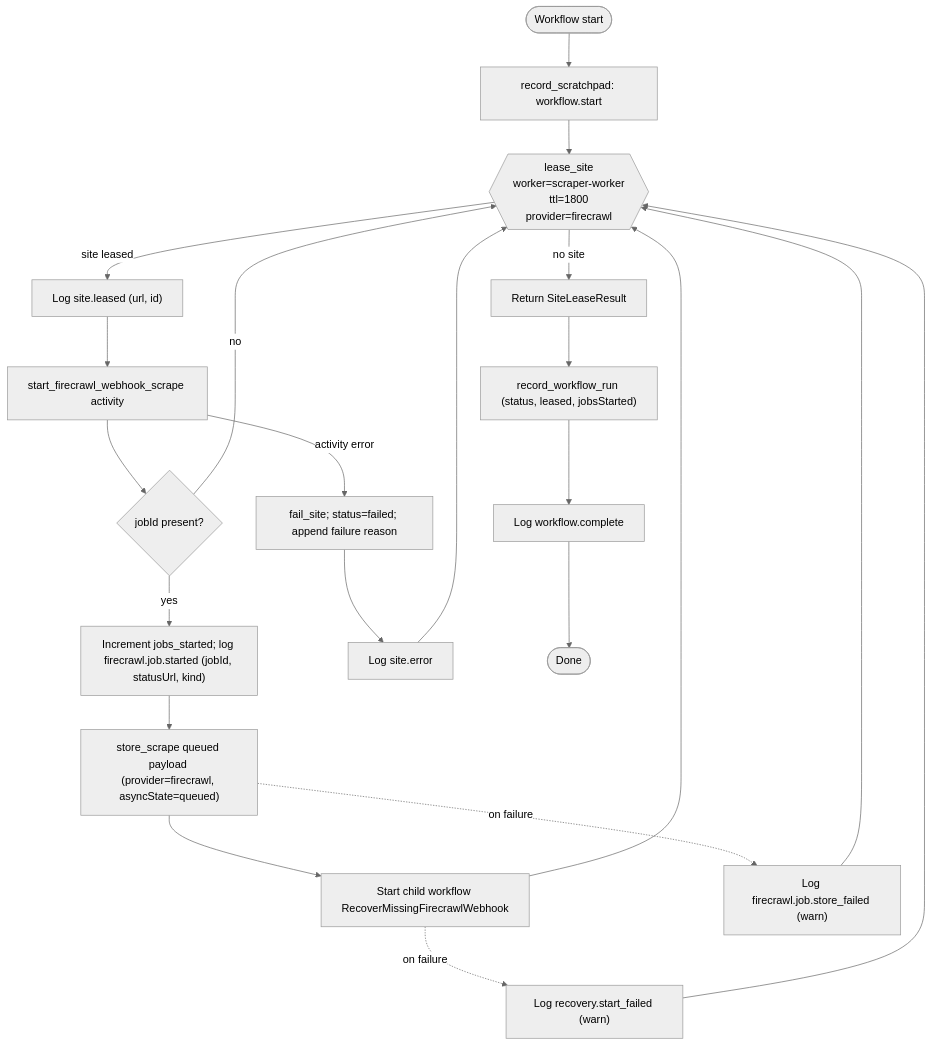
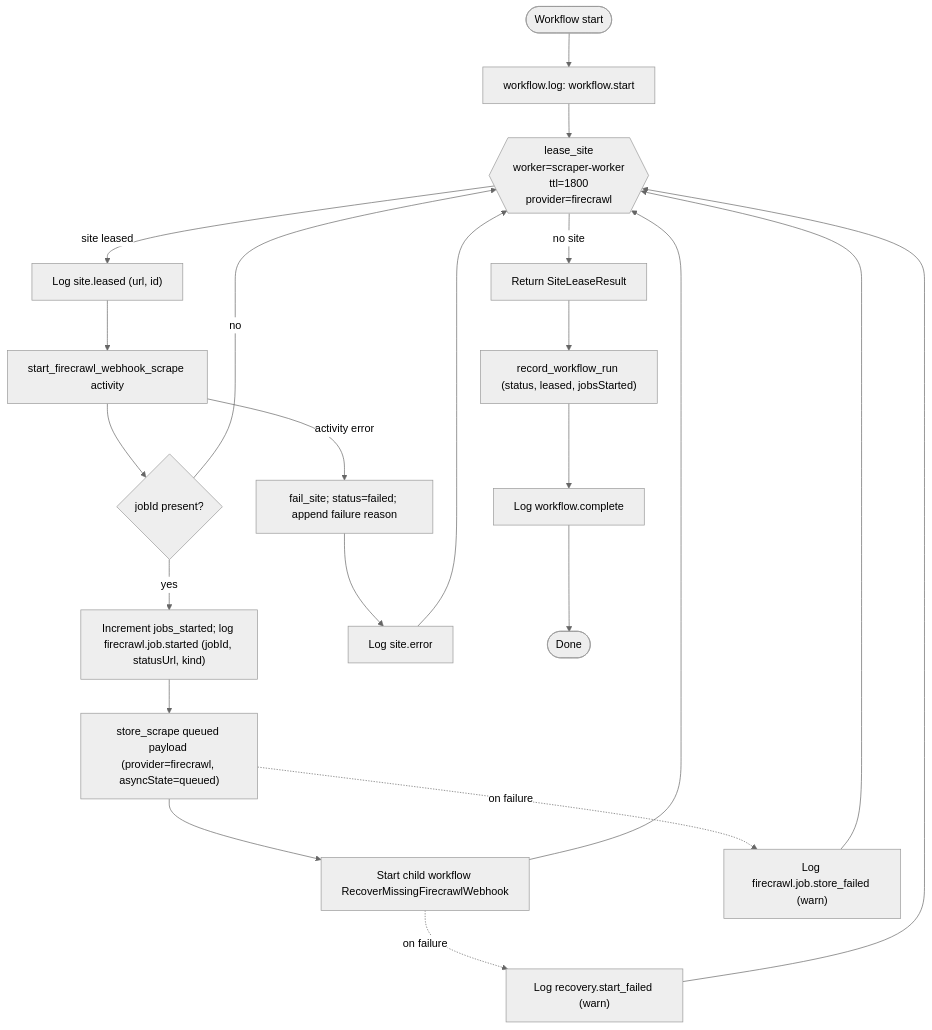
Before and after one commit to matchaboar/srajob2: the diagram in diagrams/SiteLease.md, drawn with Mermaid (neutral theme). The commit also changed 65 other files, not shown here.

````diff
--- a/diagrams/SiteLease.md
+++ b/diagrams/SiteLease.md
@@ -3,22 +3,22 @@
 ```mermaid
 flowchart TD
-    start([Workflow start]) --> logStart[record_scratchpad: workflow.start]
+    start([Workflow start]) --> logStart[workflow.log: workflow.start]
     logStart --> lease{{lease_site<br/>worker=scraper-worker<br/>ttl=1800<br/>provider=firecrawl}}
     lease -->|no site| summarize[Return SiteLeaseResult]
     lease -->|site leased| logLease["Log site.leased (url, id)"]
     logLease --> startJob[start_firecrawl_webhook_scrape activity]
     startJob --> hasJob{jobId present?}
     hasJob -->|yes| recordJob["Increment jobs_started; log firecrawl.job.started (jobId, statusUrl, kind)"]
     hasJob -->|no| lease
     recordJob --> storeQueued["store_scrape queued payload (provider=firecrawl, asyncState=queued)"]
     storeQueued --> startChild[Start child workflow RecoverMissingFirecrawlWebhook]
     startChild --> lease
     storeQueued -.on failure.-> logStoreWarn["Log firecrawl.job.store_failed (warn)"] --> lease
     startChild -.on failure.-> logChildWarn["Log recovery.start_failed (warn)"] --> lease
     startJob -->|activity error| fail[fail_site; status=failed; append failure reason]
     fail --> logError[Log site.error]
     logError --> lease
     summarize --> record["record_workflow_run (status, leased, jobsStarted)"]
     record --> logDone[Log workflow.complete]
     logDone --> done([Done])
 ```
````
